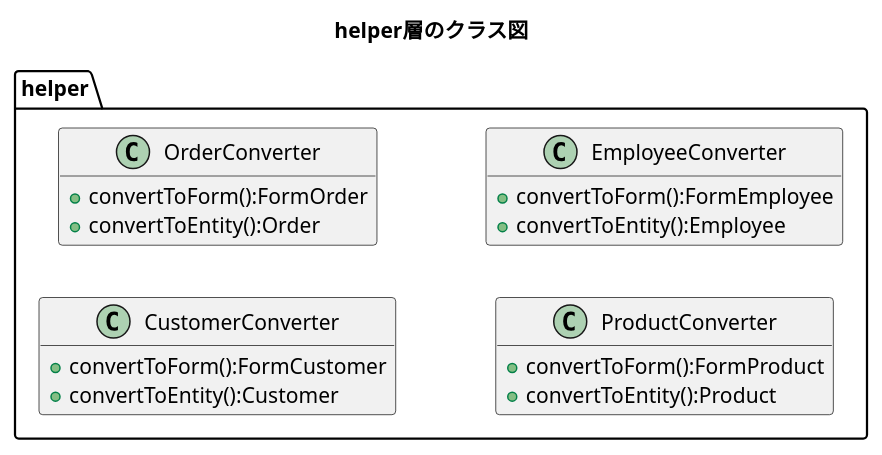
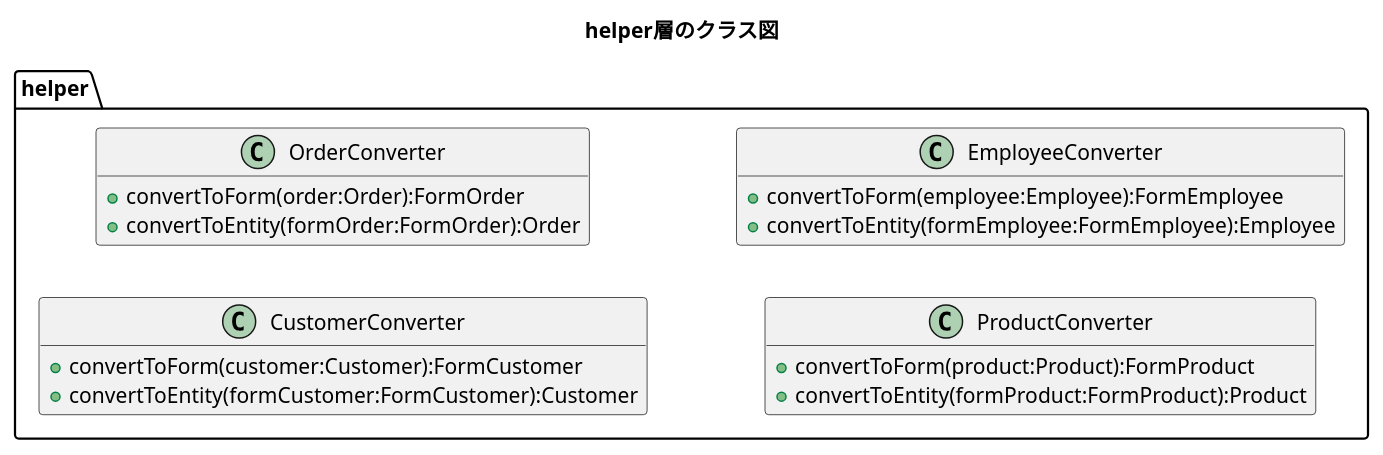
Before and after one commit to kanavii3333/ec-b: the diagram in plan/uml/class/helper.plantuml, drawn with PlantUML. The commit also changed 3 other files, not shown here.

```diff
--- a/plan/uml/class/helper.plantuml
+++ b/plan/uml/class/helper.plantuml
@@ -1,27 +1,27 @@
 @startuml
 title helper層のクラス図
 hide empty members
 left to right direction
 
 package helper{
     class CustomerConverter{
-        +convertToForm():FormCustomer
-        +convertToEntity():Customer
+        +convertToForm(customer:Customer):FormCustomer
+        +convertToEntity(formCustomer:FormCustomer):Customer
     }
 
     class OrderConverter{
-        +convertToForm():FormOrder
-        +convertToEntity():Order
+        +convertToForm(order:Order):FormOrder
+        +convertToEntity(formOrder:FormOrder):Order
     }
 
     class ProductConverter{
-        +convertToForm():FormProduct
-        +convertToEntity():Product
+        +convertToForm(product:Product):FormProduct
+        +convertToEntity(formProduct:FormProduct):Product
     }
 
     class EmployeeConverter{
-        +convertToForm():FormEmployee
-        +convertToEntity():Employee
+        +convertToForm(employee:Employee):FormEmployee
+        +convertToEntity(formEmployee:FormEmployee):Employee
     }
 }
 @enduml
```
